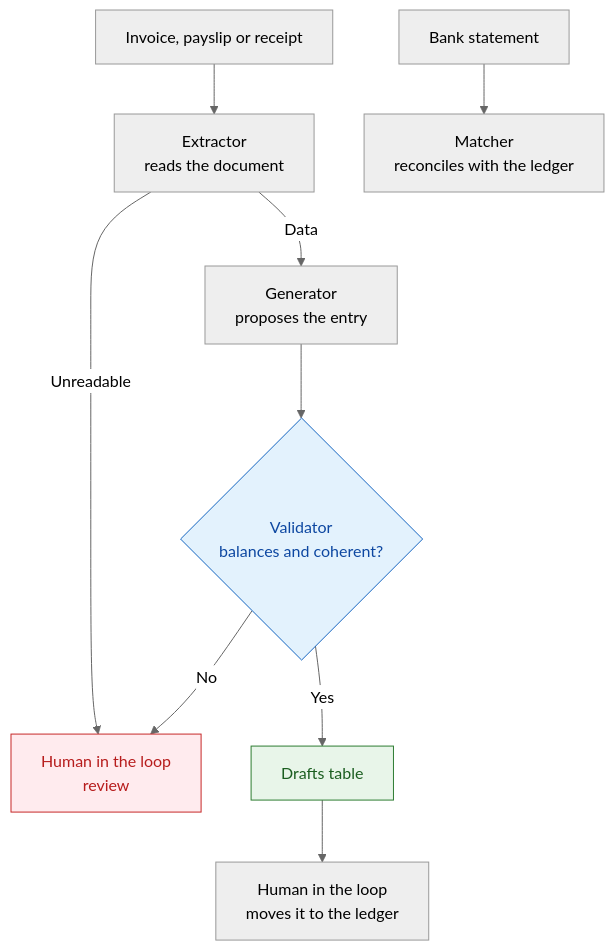
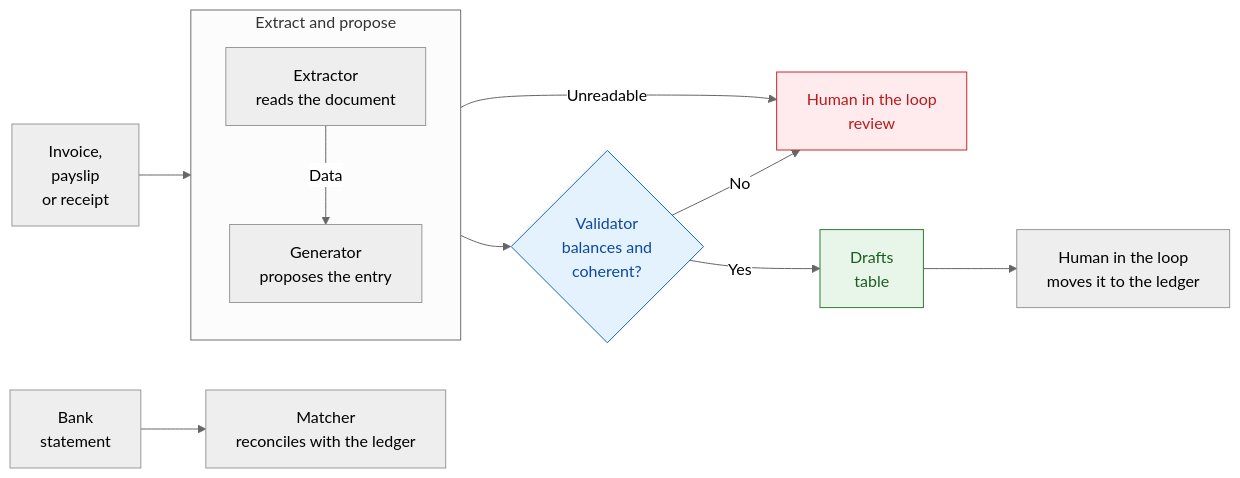
The diagram in README.en.md (jleonceo/accounting-agent-swarm), drawn with Mermaid (neutral theme) before and after one commit. The commit also changed 1 other file, not shown here.

Commit message:
Esquema: pasa a horizontal para que ocupe menos de una pantalla
Iba de arriba abajo y ocupaba más de 1.000 píxeles de alto. Ahora va de
izquierda a derecha, con los pasos agrupados en columnas. El contenido de
las cajas es el mismo.

````diff
--- a/README.en.md
+++ b/README.en.md
@@ -19,14 +19,17 @@
 ```mermaid
-flowchart TD
-    D[Invoice, payslip or receipt] --> E[Extractor<br/>reads the document]
-    E -->|Unreadable| H[Human in the loop<br/>review]
-    E -->|Data| G[Generator<br/>proposes the entry]
-    G --> V{Validator<br/>balances and coherent?}
+flowchart LR
+    D[Invoice,<br/>payslip<br/>or receipt] --> S1
+    subgraph S1[Extract and propose]
+        direction TB
+        E[Extractor<br/>reads the document] -->|Data| G[Generator<br/>proposes the entry]
+    end
+    S1 --> V{Validator<br/>balances and<br/>coherent?}
+    S1 -->|Unreadable| H[Human in the loop<br/>review]
     V -->|No| H
-    V -->|Yes| BO[Drafts table]
+    V -->|Yes| BO[Drafts<br/>table]
     BO --> H2[Human in the loop<br/>moves it to the ledger]
-    X[Bank statement] --> P[Matcher<br/>reconciles with the ledger]
+    X[Bank<br/>statement] --> P[Matcher<br/>reconciles with the ledger]
     style V fill:#e3f2fd,stroke:#1565c0,color:#0d47a1
     style BO fill:#e8f5e9,stroke:#2e7d32,color:#1b5e20
     style H fill:#ffebee,stroke:#c62828,color:#b71c1c
 ```
````
